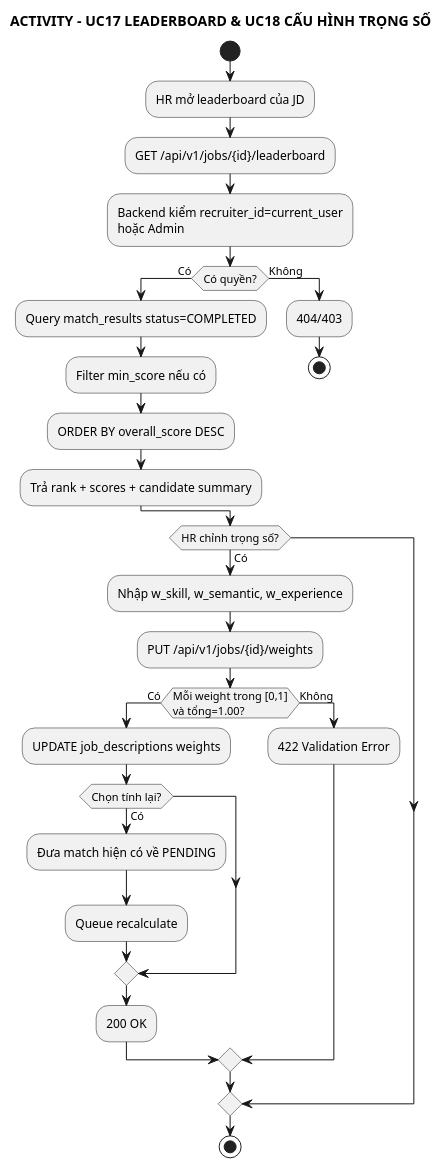
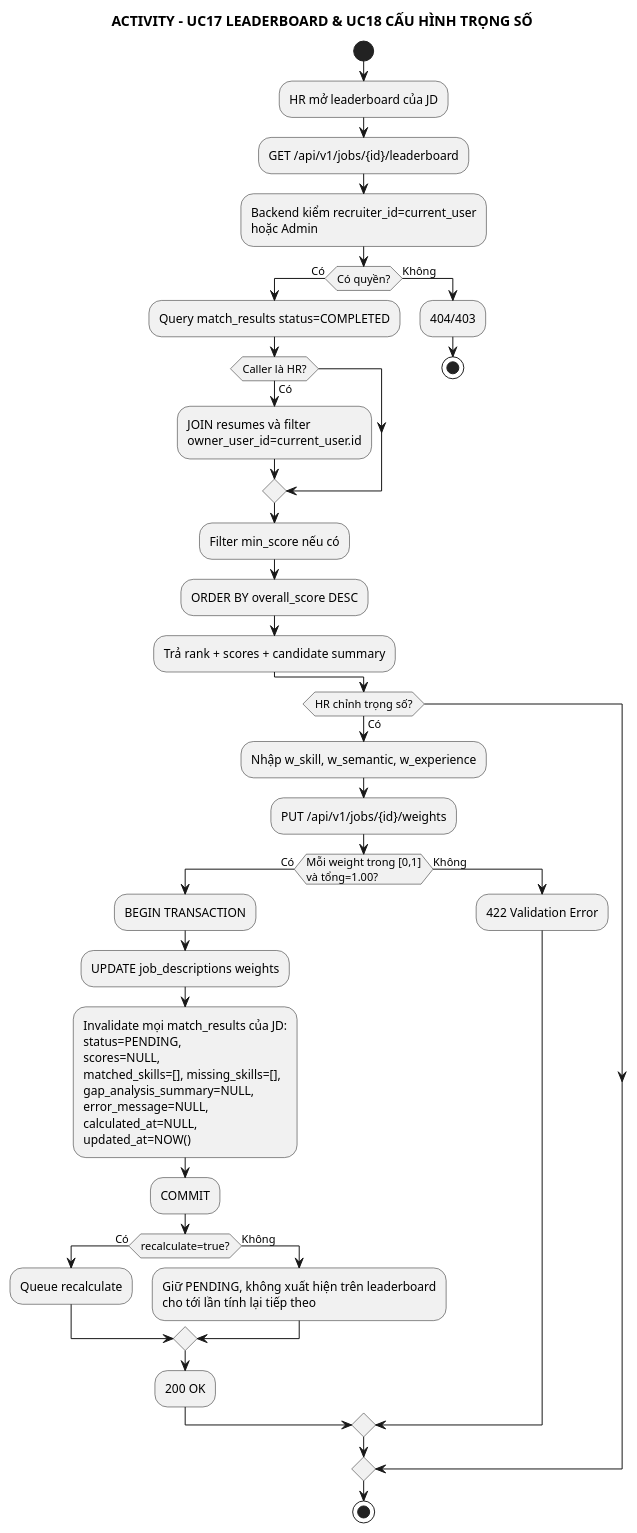
Before and after one commit to anh632k-ui/WebCVUngVienTuyenDung: the diagram in docs/03_activity/act_uc17_18_leaderboard_weights.puml, drawn with PlantUML.

Commit message:
fix(pttk): invalidate leaderboard matches on every weight change

```diff
--- a/docs/03_activity/act_uc17_18_leaderboard_weights.puml
+++ b/docs/03_activity/act_uc17_18_leaderboard_weights.puml
@@ -1,38 +1,54 @@
 @startuml
 skinparam monochrome true
 skinparam shadowing false
 
 title ACTIVITY - UC17 LEADERBOARD & UC18 CẤU HÌNH TRỌNG SỐ
 
 start
 :HR mở leaderboard của JD;
 :GET /api/v1/jobs/{id}/leaderboard;
 :Backend kiểm recruiter_id=current_user
 hoặc Admin;
 if (Có quyền?) then (Có)
   :Query match_results status=COMPLETED;
+  if (Caller là HR?) then (Có)
+    :JOIN resumes và filter
+    owner_user_id=current_user.id;
+  endif
   :Filter min_score nếu có;
   :ORDER BY overall_score DESC;
   :Trả rank + scores + candidate summary;
 else (Không)
   :404/403;
   stop
 endif
 
 if (HR chỉnh trọng số?) then (Có)
   :Nhập w_skill, w_semantic, w_experience;
   :PUT /api/v1/jobs/{id}/weights;
   if (Mỗi weight trong [0,1]
 và tổng=1.00?) then (Có)
+    :BEGIN TRANSACTION;
     :UPDATE job_descriptions weights;
-    if (Chọn tính lại?) then (Có)
-      :Đưa match hiện có về PENDING;
+    :Invalidate mọi match_results của JD:
+    status=PENDING,
+    scores=NULL,
+    matched_skills=[], missing_skills=[],
+    gap_analysis_summary=NULL,
+    error_message=NULL,
+    calculated_at=NULL,
+    updated_at=NOW();
+    :COMMIT;
+    if (recalculate=true?) then (Có)
       :Queue recalculate;
+    else (Không)
+      :Giữ PENDING, không xuất hiện trên leaderboard
+      cho tới lần tính lại tiếp theo;
     endif
     :200 OK;
   else (Không)
     :422 Validation Error;
   endif
 endif
 stop
 @enduml
```
